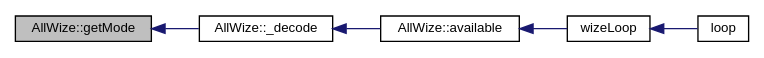
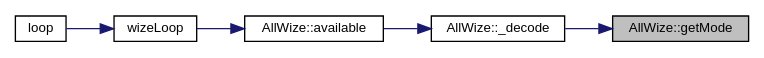
Before and after one commit to AllWize/allwize: the diagram in docs/classAllWize_ab6655635693180ad4c7b527d1f2e4e03_icgraph.dot, drawn with Graphviz. The commit also changed 1467 other files, not shown here.

```diff
--- a/docs/classAllWize_ab6655635693180ad4c7b527d1f2e4e03_icgraph.dot
+++ b/docs/classAllWize_ab6655635693180ad4c7b527d1f2e4e03_icgraph.dot
@@ -1,15 +1,16 @@
 digraph "AllWize::getMode"
 {
+ // LATEX_PDF_SIZE
   edge [fontname="Helvetica",fontsize="10",labelfontname="Helvetica",labelfontsize="10"];
   node [fontname="Helvetica",fontsize="10",shape=record];
-  rankdir="LR";
-  Node1012 [label="AllWize::getMode",height=0.2,width=0.4,color="black", fillcolor="grey75", style="filled", fontcolor="black"];
-  Node1012 -> Node1013 [dir="back",color="midnightblue",fontsize="10",style="solid",fontname="Helvetica"];
-  Node1013 [label="AllWize::_decode",height=0.2,width=0.4,color="black", fillcolor="white", style="filled",URL="$classAllWize.html#a496979330409adb0e7241f763e4a4b16",tooltip="Decodes the current RX buffer contents. "];
-  Node1013 -> Node1014 [dir="back",color="midnightblue",fontsize="10",style="solid",fontname="Helvetica"];
-  Node1014 [label="AllWize::available",height=0.2,width=0.4,color="black", fillcolor="white", style="filled",URL="$classAllWize.html#ae75c391473baf8107cae11f2134b7316",tooltip="Returns true if a new message has been received and decoded This method has to be called in the main ..."];
-  Node1014 -> Node1015 [dir="back",color="midnightblue",fontsize="10",style="solid",fontname="Helvetica"];
-  Node1015 [label="wizeLoop",height=0.2,width=0.4,color="black", fillcolor="white", style="filled",URL="$wize_8h.html#af9253c855c25f3da04c29b2dbcda1ebd"];
-  Node1015 -> Node1016 [dir="back",color="midnightblue",fontsize="10",style="solid",fontname="Helvetica"];
-  Node1016 [label="loop",height=0.2,width=0.4,color="black", fillcolor="white", style="filled",URL="$main_8cpp.html#afe461d27b9c48d5921c00d521181f12f"];
+  rankdir="RL";
+  Node1 [label="AllWize::getMode",height=0.2,width=0.4,color="black", fillcolor="grey75", style="filled", fontcolor="black",tooltip="Gets the MBus mode stored in non-volatile memory."];
+  Node1 -> Node2 [dir="back",color="midnightblue",fontsize="10",style="solid",fontname="Helvetica"];
+  Node2 [label="AllWize::_decode",height=0.2,width=0.4,color="black", fillcolor="white", style="filled",URL="$classAllWize.html#a496979330409adb0e7241f763e4a4b16",tooltip="Decodes the current RX buffer contents."];
+  Node2 -> Node3 [dir="back",color="midnightblue",fontsize="10",style="solid",fontname="Helvetica"];
+  Node3 [label="AllWize::available",height=0.2,width=0.4,color="black", fillcolor="white", style="filled",URL="$classAllWize.html#ae75c391473baf8107cae11f2134b7316",tooltip="Returns true if a new message has been received and decoded This method has to be called in the main ..."];
+  Node3 -> Node4 [dir="back",color="midnightblue",fontsize="10",style="solid",fontname="Helvetica"];
+  Node4 [label="wizeLoop",height=0.2,width=0.4,color="black", fillcolor="white", style="filled",URL="$wize_8h.html#af9253c855c25f3da04c29b2dbcda1ebd",tooltip=" "];
+  Node4 -> Node5 [dir="back",color="midnightblue",fontsize="10",style="solid",fontname="Helvetica"];
+  Node5 [label="loop",height=0.2,width=0.4,color="black", fillcolor="white", style="filled",URL="$main_8cpp.html#afe461d27b9c48d5921c00d521181f12f",tooltip=" "];
 }
```
